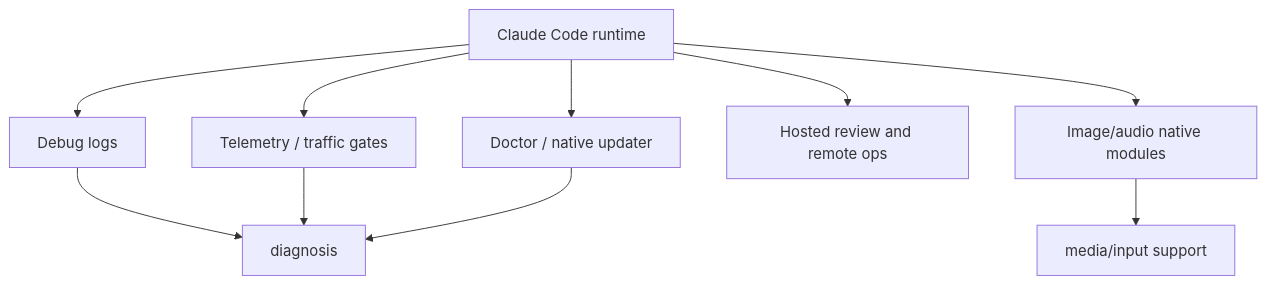
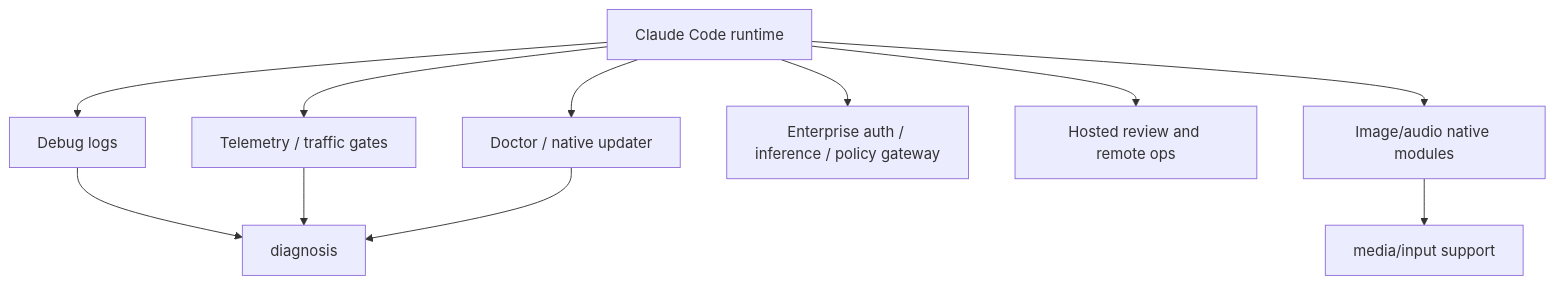
Before and after one commit to vibewatch/claude-code-internals: the diagram in docs/05-hosted-agent-ops/README.md, drawn with Mermaid. The commit also changed other lines of this file and 34 other files, not shown here.

First line of the commit message:
Add documentation for Enterprise Gateway Server and Disassembled String-Surface Review

````diff
--- a/docs/05-hosted-agent-ops/README.md
+++ b/docs/05-hosted-agent-ops/README.md
@@ -18,12 +18,13 @@
 ```mermaid
 flowchart TD
     Runtime[Claude Code runtime] --> Debug[Debug logs]
     Runtime --> Telemetry[Telemetry / traffic gates]
     Runtime --> Update[Doctor / native updater]
+    Runtime --> Gateway[Enterprise auth / inference / policy gateway]
     Runtime --> Hosted[Hosted review and remote ops]
     Runtime --> Media[Image/audio native modules]
     Debug --> Support[diagnosis]
     Telemetry --> Support
     Update --> Support
     Media --> Attachments[media/input support]
 ```
````
